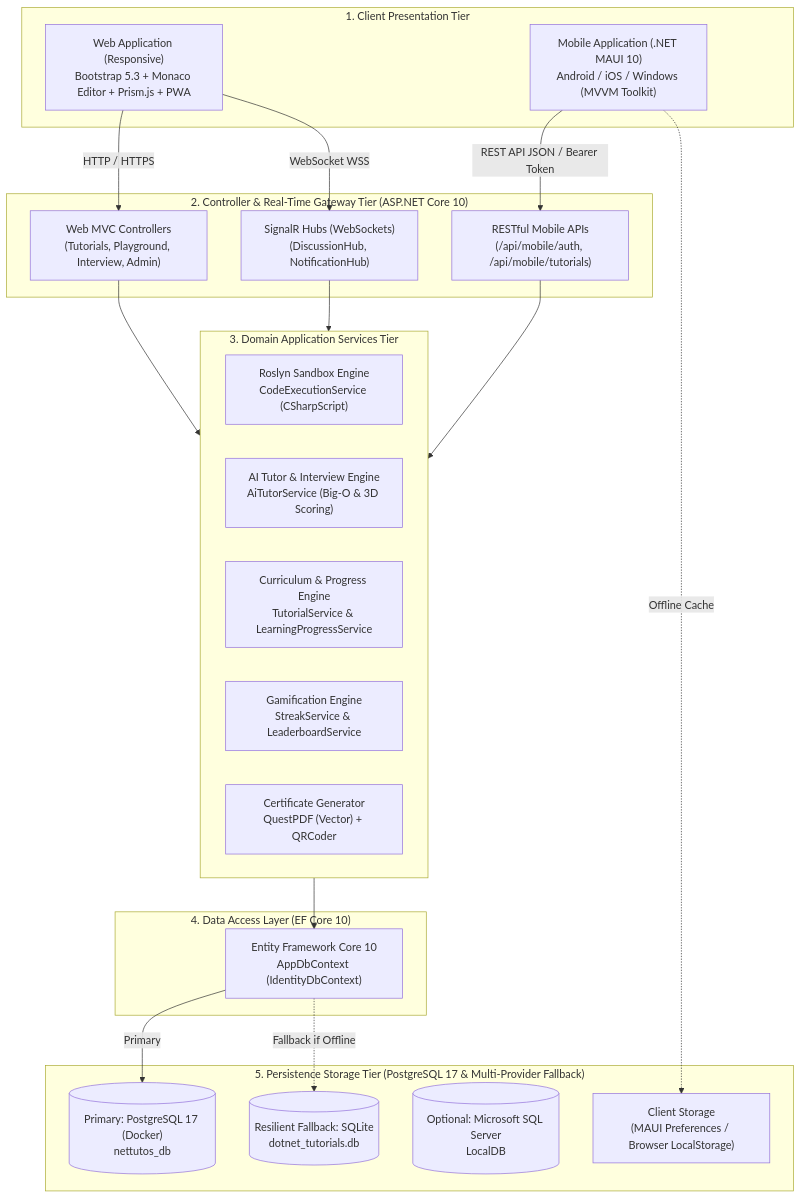
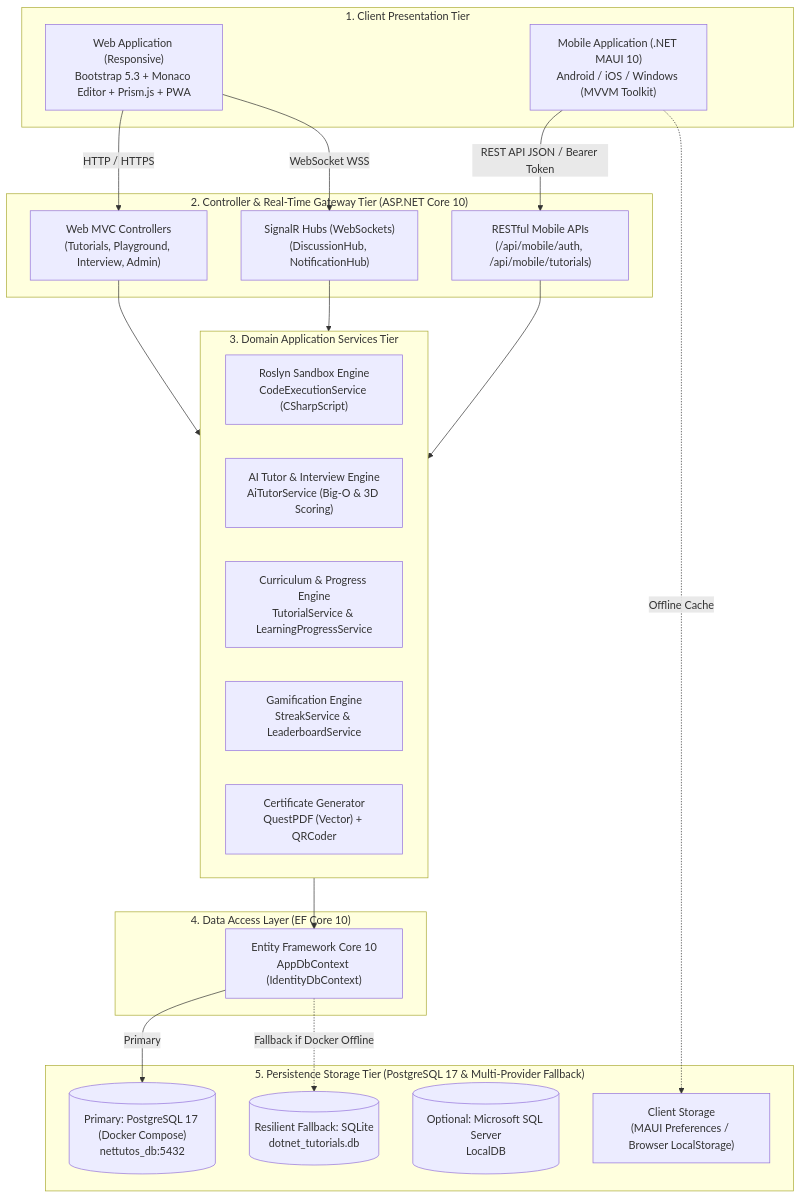
One commit to KaitoDeus/NET-Tutos changed the first of 4 diagrams in docs/06_architecture_and_design_blueprint.md. Above: the diagram before and after it, drawn with Mermaid. The commit also changed other lines of this file and 6 other files, not shown here.

````diff
--- a/docs/06_architecture_and_design_blueprint.md
+++ b/docs/06_architecture_and_design_blueprint.md
@@ -196,45 +196,45 @@
 ```mermaid
 flowchart TD
     subgraph ClientTier ["1. Client Presentation Tier"]
         WebClient["Web Application (Responsive)<br/>Bootstrap 5.3 + Monaco Editor + Prism.js + PWA"]
         MobileClient["Mobile Application (.NET MAUI 10)<br/>Android / iOS / Windows (MVVM Toolkit)"]
     end
 
     subgraph ApiGatewayTier ["2. Controller & Real-Time Gateway Tier (ASP.NET Core 10)"]
         MVC["Web MVC Controllers<br/>(Tutorials, Playground, Interview, Admin)"]
         MobileApi["RESTful Mobile APIs<br/>(/api/mobile/auth, /api/mobile/tutorials)"]
         SignalR["SignalR Hubs (WebSockets)<br/>(DiscussionHub, NotificationHub)"]
     end
 
     subgraph ServiceTier ["3. Domain Application Services Tier"]
         RoslynService["Roslyn Sandbox Engine<br/>CodeExecutionService (CSharpScript)"]
         AiService["AI Tutor & Interview Engine<br/>AiTutorService (Big-O & 3D Scoring)"]
         LmsService["Curriculum & Progress Engine<br/>TutorialService & LearningProgressService"]
         Gamification["Gamification Engine<br/>StreakService & LeaderboardService"]
         CertService["Certificate Generator<br/>QuestPDF (Vector) + QRCoder"]
     end
 
     subgraph DataAccessTier ["4. Data Access Layer (EF Core 10)"]
         EF["Entity Framework Core 10<br/>AppDbContext (IdentityDbContext)"]
     end
 
     subgraph StorageTier ["5. Persistence Storage Tier (PostgreSQL 17 & Multi-Provider Fallback)"]
-        Postgres[("Primary: PostgreSQL 17 (Docker)<br/>nettutos_db")]
+        Postgres[("Primary: PostgreSQL 17 (Docker Compose)<br/>nettutos_db:5432")]
         SQLite[("Resilient Fallback: SQLite<br/>dotnet_tutorials.db")]
         SQLServer[("Optional: Microsoft SQL Server<br/>LocalDB")]
         SecureStore["Client Storage<br/>(MAUI Preferences / Browser LocalStorage)"]
     end
 
     WebClient -->|HTTP / HTTPS| MVC
     WebClient -->|WebSocket WSS| SignalR
     MobileClient -->|REST API JSON / Bearer Token| MobileApi
     MobileClient -.->|Offline Cache| SecureStore
 
     MVC --> ServiceTier
     MobileApi --> ServiceTier
     SignalR --> ServiceTier
 
     ServiceTier --> EF
     EF -->|Primary| Postgres
-    EF -.->|Fallback if Offline| SQLite
+    EF -.->|Fallback if Docker Offline| SQLite
 ```
````
